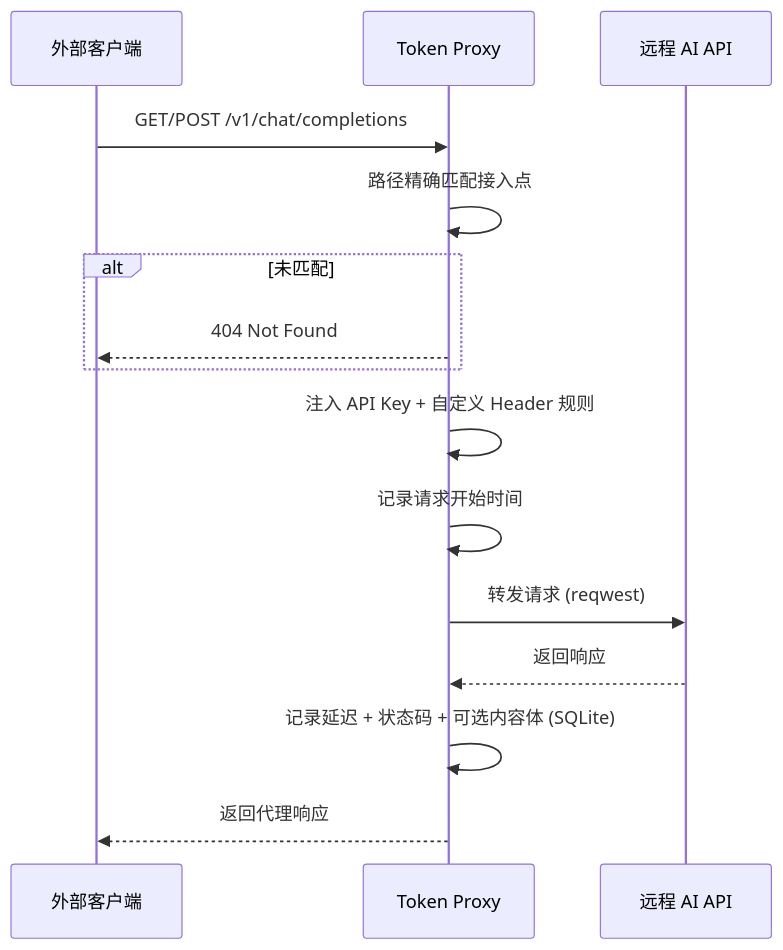
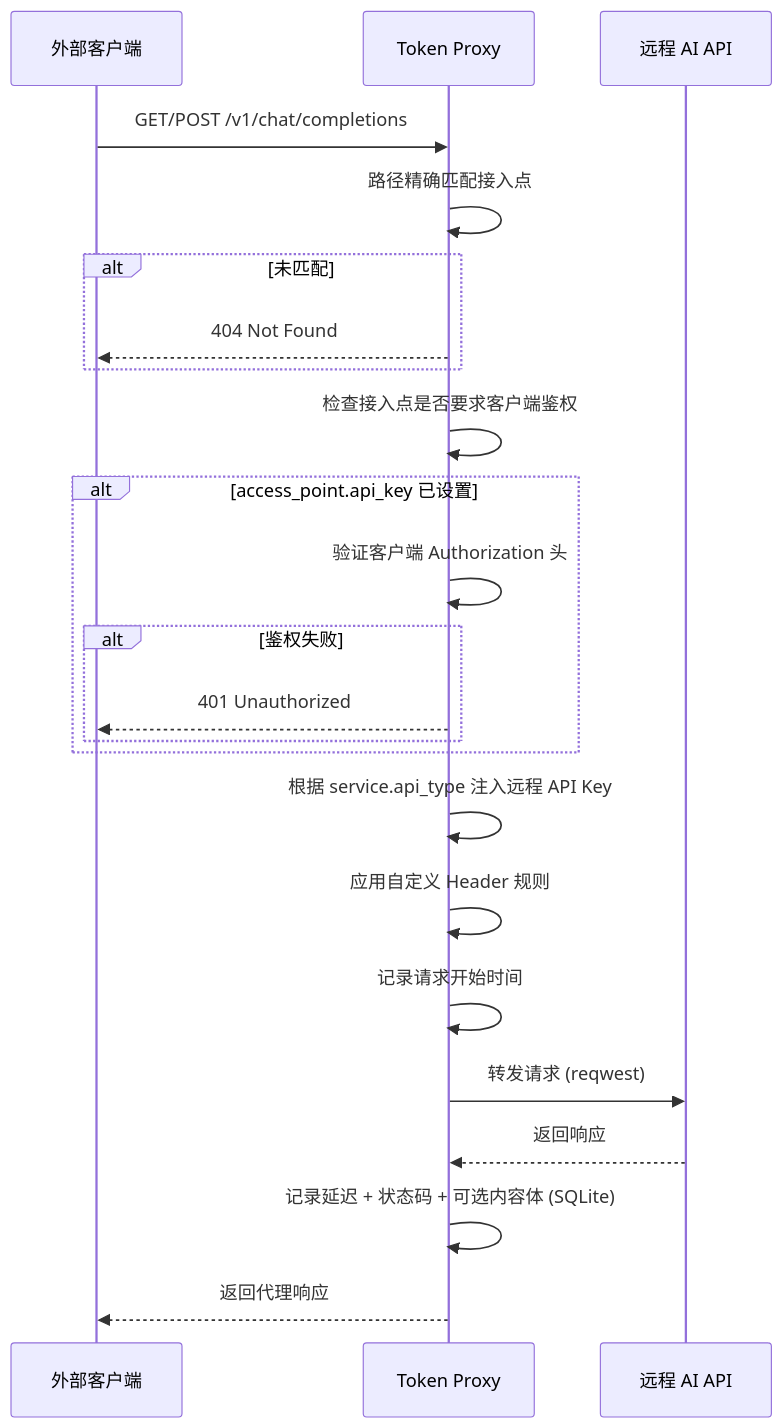
The second of 7 diagrams in ARCHITECTURE.md (feng-yifan/token-proxy), drawn with Mermaid before and after one commit. The commit also changed other lines of this file and 9 other files, not shown here.

First line of the commit message:
feat(access-point): 接入点新增客户端鉴权密钥功能

````diff
--- a/ARCHITECTURE.md
+++ b/ARCHITECTURE.md
@@ -350,18 +360,26 @@
 ```mermaid
 sequenceDiagram
     participant CLIENT as 外部客户端
     participant PROXY as Token Proxy
     participant REMOTE as 远程 AI API
     
     CLIENT->>PROXY: GET/POST /v1/chat/completions
     PROXY->>PROXY: 路径精确匹配接入点
     alt 未匹配
         PROXY-->>CLIENT: 404 Not Found
     end
-    PROXY->>PROXY: 注入 API Key + 自定义 Header 规则
+    PROXY->>PROXY: 检查接入点是否要求客户端鉴权
+    alt access_point.api_key 已设置
+        PROXY->>PROXY: 验证客户端 Authorization 头
+        alt 鉴权失败
+            PROXY-->>CLIENT: 401 Unauthorized
+        end
+    end
+    PROXY->>PROXY: 根据 service.api_type 注入远程 API Key
+    PROXY->>PROXY: 应用自定义 Header 规则
     PROXY->>PROXY: 记录请求开始时间
     PROXY->>REMOTE: 转发请求 (reqwest)
     REMOTE-->>PROXY: 返回响应
     PROXY->>PROXY: 记录延迟 + 状态码 + 可选内容体 (SQLite)
     PROXY-->>CLIENT: 返回代理响应
 ```
````
